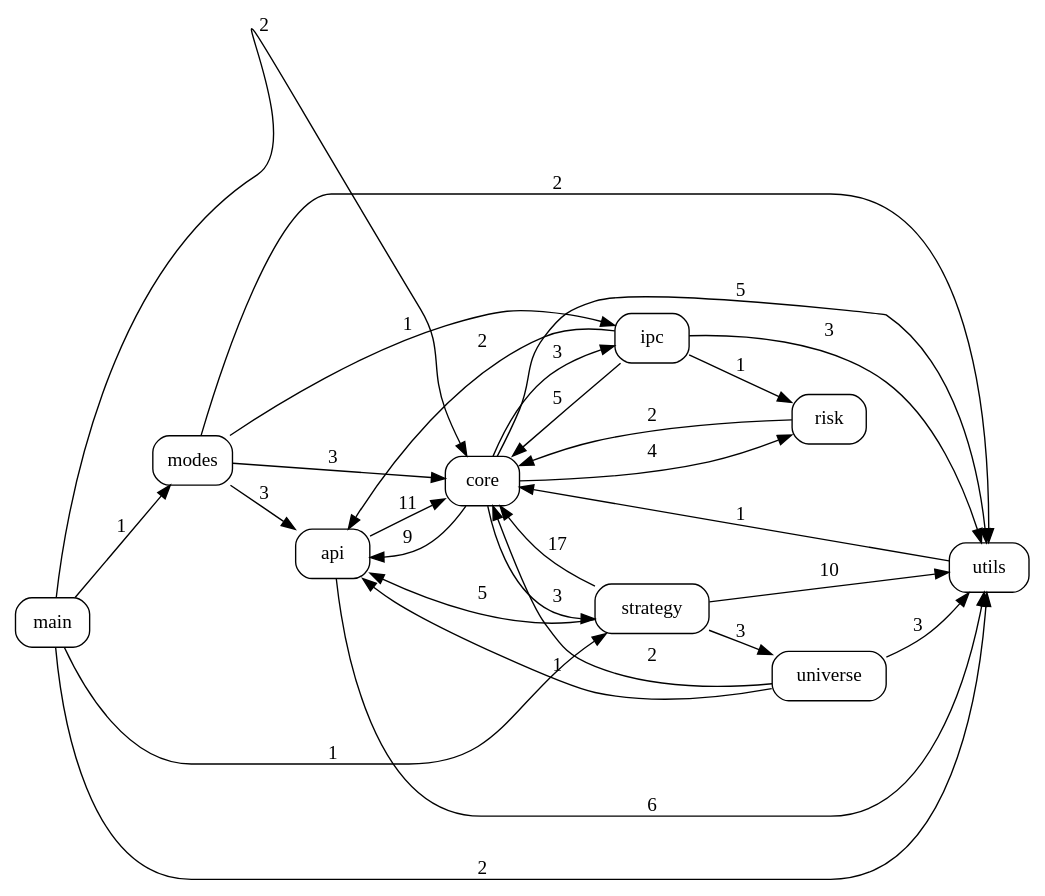
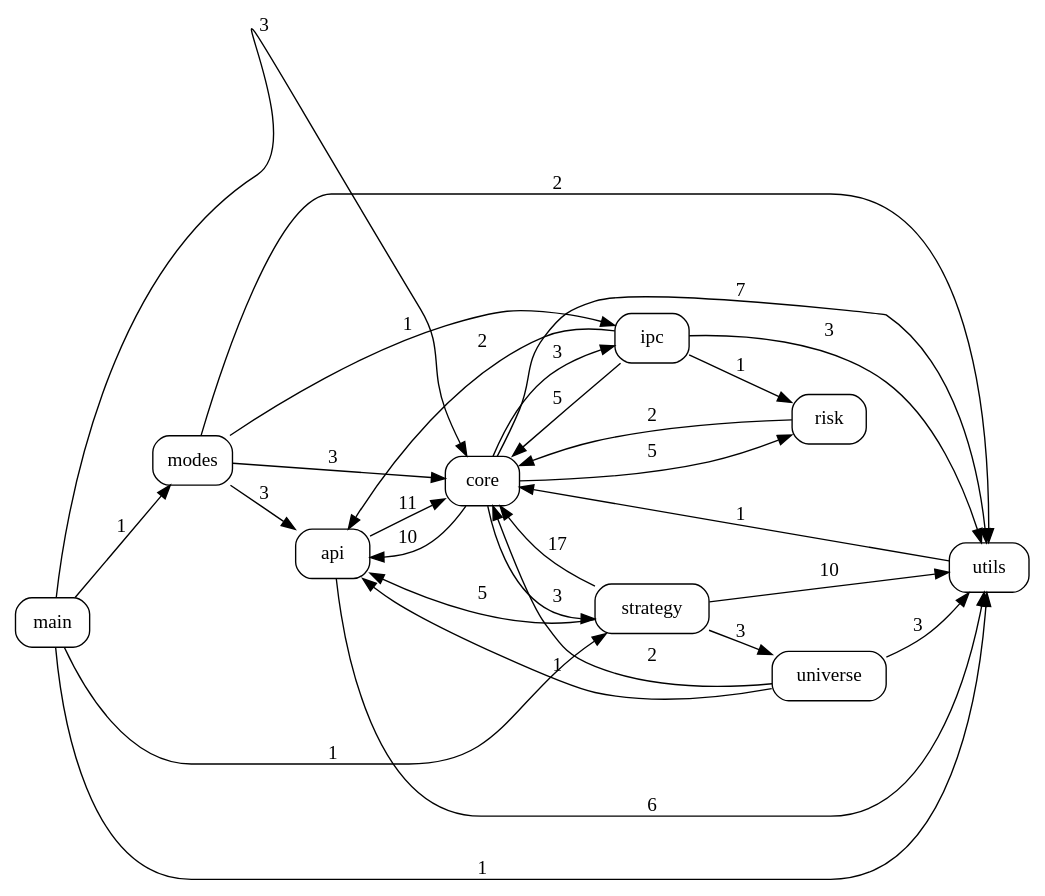
Before and after one commit to pypy8171/Quant: the diagram in docs/code_graph.dot, drawn with Graphviz. The commit also changed 15 other files, not shown here.

```diff
--- a/docs/code_graph.dot
+++ b/docs/code_graph.dot
@@ -1,41 +1,41 @@
 digraph code_graph {
   rankdir=LR;
   node [shape=box, style=rounded, fontname="Consolas"];
   "api";
   "core";
   "ipc";
   "main";
   "modes";
   "risk";
   "strategy";
   "universe";
   "utils";
   "api" -> "core" [label="11"];
   "api" -> "utils" [label="6"];
-  "core" -> "api" [label="9"];
+  "core" -> "api" [label="10"];
   "core" -> "ipc" [label="3"];
-  "core" -> "risk" [label="4"];
+  "core" -> "risk" [label="5"];
   "core" -> "strategy" [label="3"];
-  "core" -> "utils" [label="5"];
+  "core" -> "utils" [label="7"];
   "ipc" -> "api" [label="2"];
   "ipc" -> "core" [label="5"];
   "ipc" -> "risk" [label="1"];
   "ipc" -> "utils" [label="3"];
-  "main" -> "core" [label="2"];
+  "main" -> "core" [label="3"];
   "main" -> "modes" [label="1"];
   "main" -> "strategy" [label="1"];
-  "main" -> "utils" [label="2"];
+  "main" -> "utils" [label="1"];
   "modes" -> "api" [label="3"];
   "modes" -> "core" [label="3"];
   "modes" -> "ipc" [label="1"];
   "modes" -> "utils" [label="2"];
   "risk" -> "core" [label="2"];
   "strategy" -> "api" [label="5"];
   "strategy" -> "core" [label="17"];
   "strategy" -> "universe" [label="3"];
   "strategy" -> "utils" [label="10"];
   "universe" -> "api" [label="1"];
   "universe" -> "core" [label="2"];
   "universe" -> "utils" [label="3"];
   "utils" -> "core" [label="1"];
 }
```
